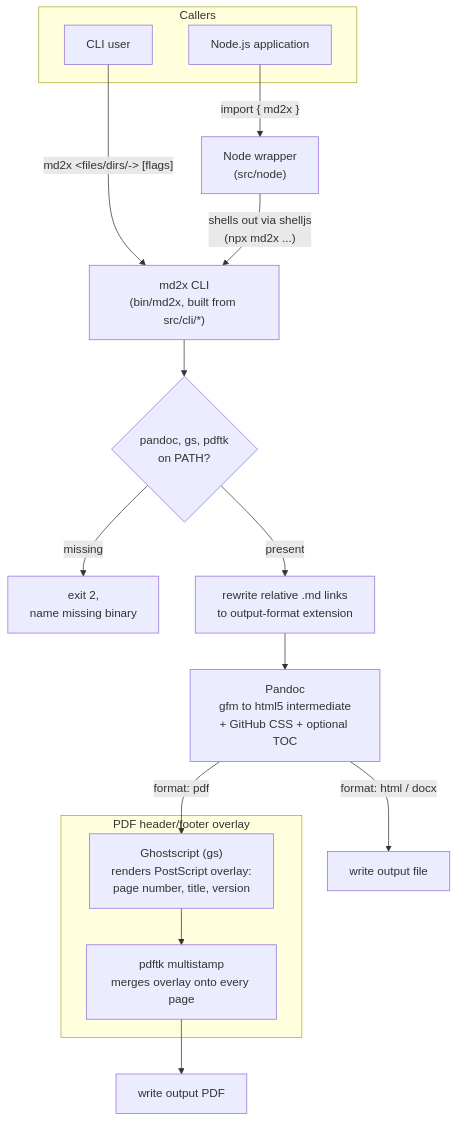
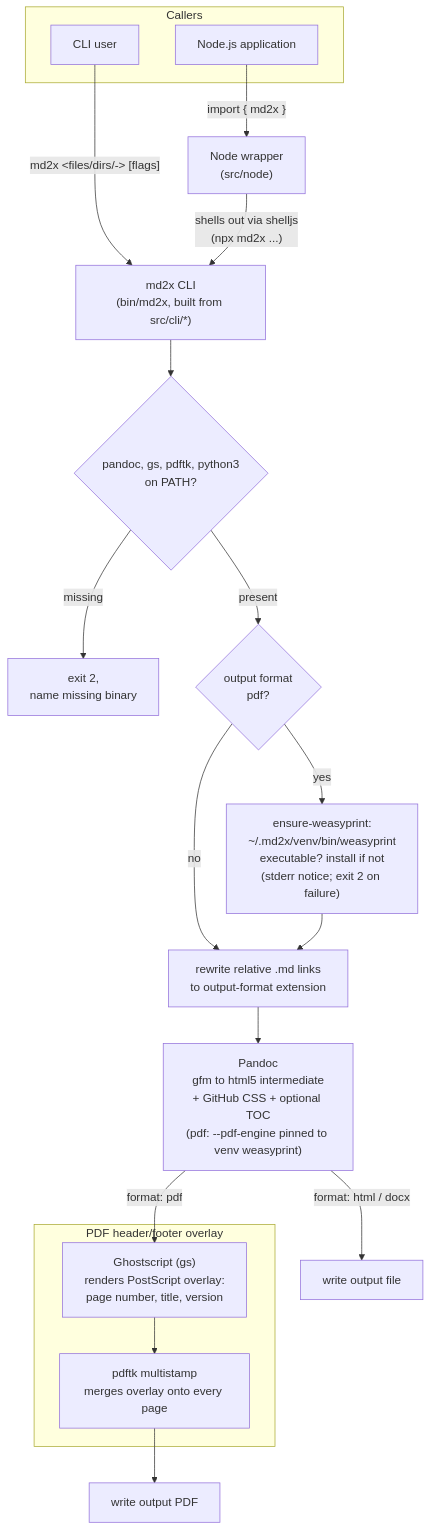
One commit to liquid-labs/md2x changed the diagram in docs/architecture.md. Above: the diagram before and after it, drawn with Mermaid. The commit also changed other lines of this file and 2 other files, not shown here.

Commit message:
implement phase-02 task-01: bring docs/architecture.md and docs/md2x-spec.md into line with the self-managed WeasyPrint dependency shift

````diff
--- a/docs/architecture.md
+++ b/docs/architecture.md
@@ -21,24 +21,27 @@
 ```mermaid
 flowchart TD
     subgraph Callers
         CLIUser["CLI user"]
         NodeApp["Node.js application"]
     end
 
     CLIUser -->|"md2x &lt;files/dirs/-&gt; [flags]"| CLI
     NodeApp -->|"import { md2x }"| NodeWrapper["Node wrapper<br/>(src/node)"]
     NodeWrapper -->|"shells out via shelljs<br/>(npx md2x ...)"| CLI
 
-    CLI["md2x CLI<br/>(bin/md2x, built from src/cli/*)"] --> Preflight{"pandoc, gs, pdftk<br/>on PATH?"}
+    CLI["md2x CLI<br/>(bin/md2x, built from src/cli/*)"] --> Preflight{"pandoc, gs, pdftk, python3<br/>on PATH?"}
     Preflight -- missing --> Fail["exit 2,<br/>name missing binary"]
-    Preflight -- present --> Rewrite["rewrite relative .md links<br/>to output-format extension"]
-    Rewrite --> Pandoc["Pandoc<br/>gfm to html5 intermediate<br/>+ GitHub CSS + optional TOC"]
+    Preflight -- present --> PdfCheck{"output format<br/>pdf?"}
+    PdfCheck -- no --> Rewrite["rewrite relative .md links<br/>to output-format extension"]
+    PdfCheck -- yes --> Bootstrap["ensure-weasyprint:<br/>~/.md2x/venv/bin/weasyprint<br/>executable? install if not<br/>(stderr notice; exit 2 on failure)"]
+    Bootstrap --> Rewrite
+    Rewrite --> Pandoc["Pandoc<br/>gfm to html5 intermediate<br/>+ GitHub CSS + optional TOC<br/>(pdf: --pdf-engine pinned to venv weasyprint)"]
 
     Pandoc -->|"format: html / docx"| Output1["write output file"]
     Pandoc -->|"format: pdf"| GS
 
     subgraph "PDF header/footer overlay"
         GS["Ghostscript (gs)<br/>renders PostScript overlay:<br/>page number, title, version"] --> PDFTK["pdftk multistamp<br/>merges overlay onto every page"]
     end
     PDFTK --> Output2["write output PDF"]
 ```
````
